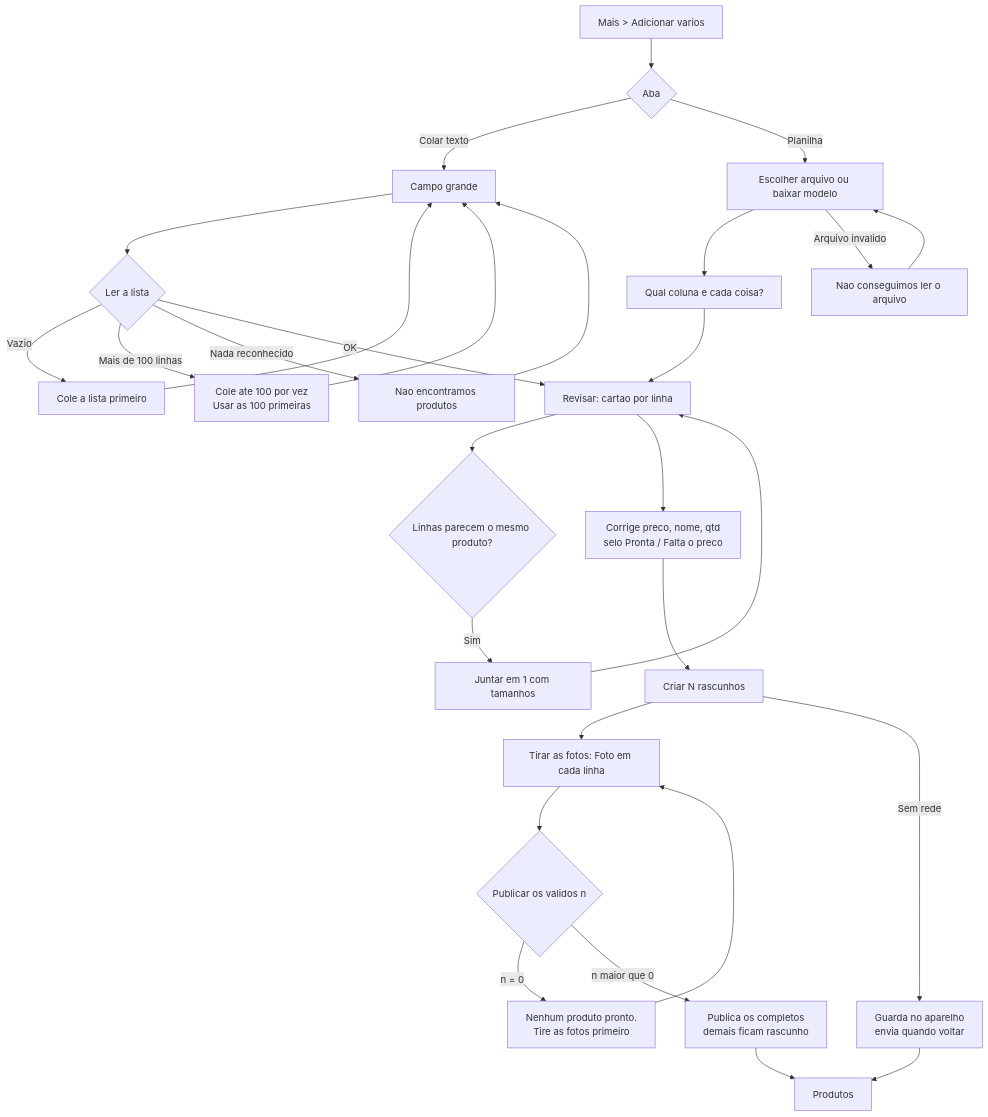
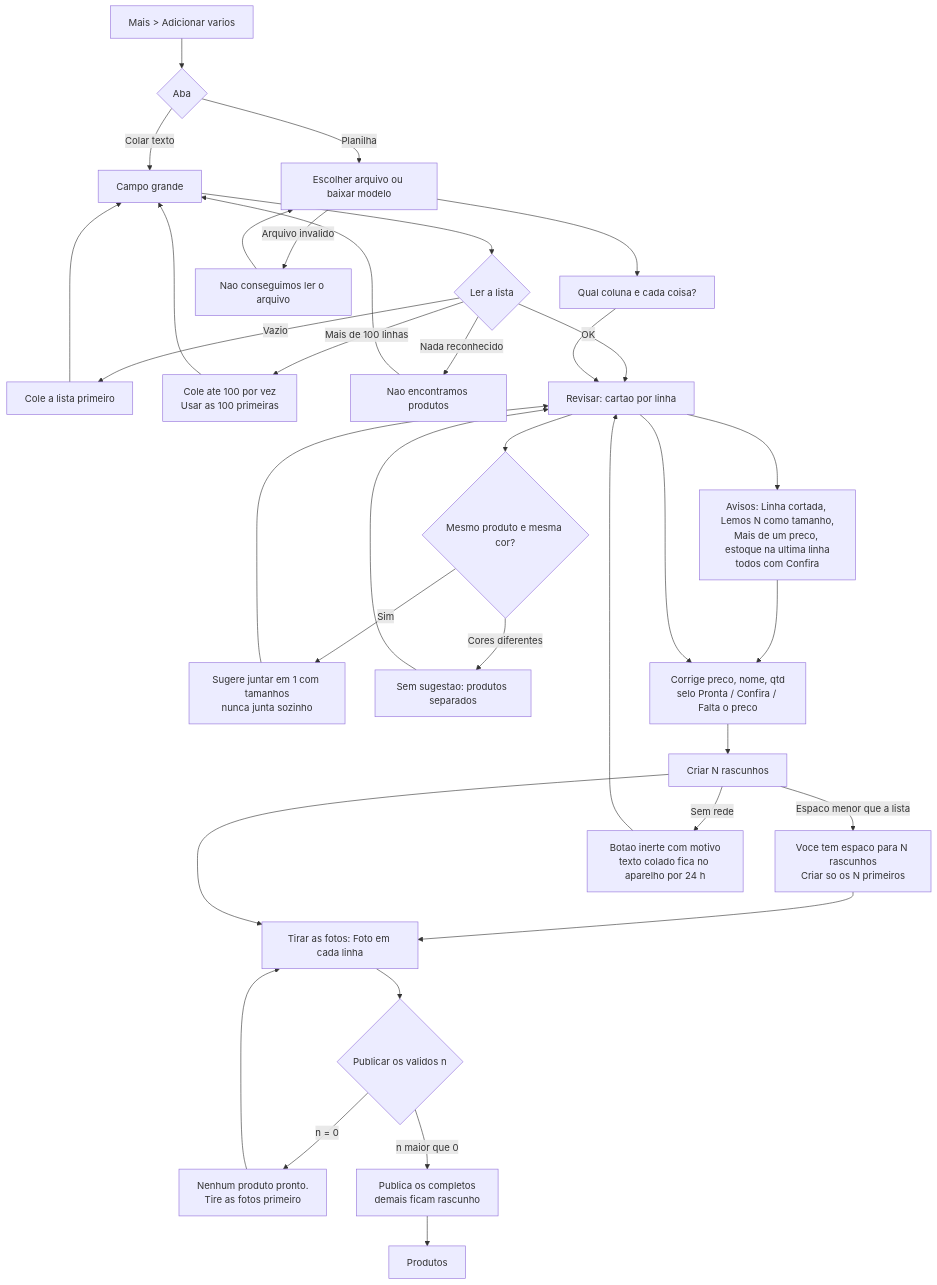
The third of 4 diagrams in docs/design/fluxos/v1-1-cadastro-rapido.md (yagogavilan/webag), drawn with Mermaid before and after one commit. The commit also changed other lines of this file and 388 other files, not shown here.

````diff
--- a/docs/design/fluxos/v1-1-cadastro-rapido.md
+++ b/docs/design/fluxos/v1-1-cadastro-rapido.md
@@ -64,22 +73,26 @@
 ```mermaid
 flowchart TD
   S[Mais > Adicionar varios] --> T{Aba}
   T -->|Colar texto| C1[Campo grande]
   T -->|Planilha| P1[Escolher arquivo ou baixar modelo]
   C1 --> L{Ler a lista}
   L -->|Vazio| E1[Cole a lista primeiro] --> C1
   L -->|Mais de 100 linhas| E2[Cole ate 100 por vez<br/>Usar as 100 primeiras] --> C1
   L -->|Nada reconhecido| E3[Nao encontramos produtos] --> C1
   L -->|OK| R[Revisar: cartao por linha]
   P1 --> M[Qual coluna e cada coisa?] --> R
   P1 -->|Arquivo invalido| E4[Nao conseguimos ler o arquivo] --> P1
-  R --> J{Linhas parecem o mesmo produto?}
-  J -->|Sim| J1[Juntar em 1 com tamanhos] --> R
-  R --> FIX[Corrige preco, nome, qtd<br/>selo Pronta / Falta o preco]
+  R --> J{Mesmo produto e mesma cor?}
+  J -->|Sim| J1[Sugere juntar em 1 com tamanhos<br/>nunca junta sozinho] --> R
+  J -->|Cores diferentes| J2[Sem sugestao: produtos separados] --> R
+  R --> CF[Avisos: Linha cortada, Lemos N como tamanho,<br/>Mais de um preco, estoque na ultima linha<br/>todos com Confira]
+  CF --> FIX[Corrige preco, nome, qtd<br/>selo Pronta / Confira / Falta o preco]
+  R --> FIX
   FIX --> CR[Criar N rascunhos]
+  CR -->|Espaco menor que a lista| CR2[Voce tem espaco para N rascunhos<br/>Criar so os N primeiros] --> FT
   CR --> FT[Tirar as fotos: Foto em cada linha]
   FT --> PB{Publicar os validos n}
   PB -->|n = 0| PB1[Nenhum produto pronto.<br/>Tire as fotos primeiro] --> FT
   PB -->|n maior que 0| PB2[Publica os completos<br/>demais ficam rascunho] --> LST[Produtos]
-  CR -->|Sem rede| CR1[Guarda no aparelho<br/>envia quando voltar] --> LST
+  CR -->|Sem rede| CR1[Botao inerte com motivo<br/>texto colado fica no aparelho por 24 h] --> R
 ```
````
